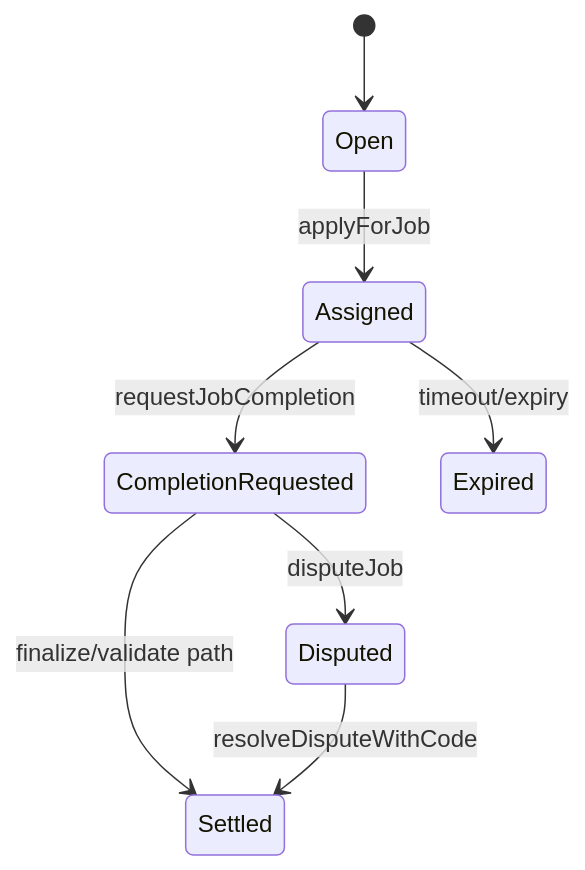
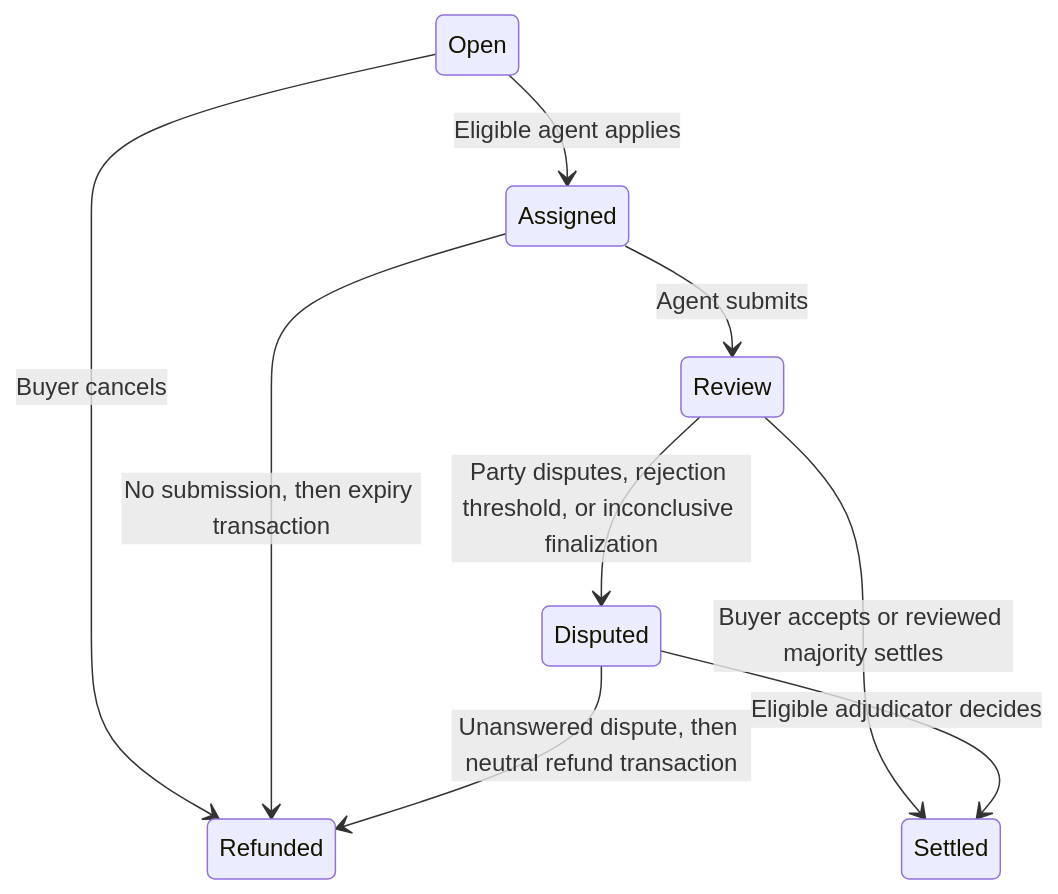
Before and after one commit to MontrealAI/AGIJobManager: the diagram in docs/ui/JOB_LIFECYCLE.md, drawn with Mermaid. The commit also changed other lines of this file and 50 other files, not shown here.

Commit message:
Correct fixed job bond quotes and clarify buyer protection and economics

````diff
--- a/docs/ui/JOB_LIFECYCLE.md
+++ b/docs/ui/JOB_LIFECYCLE.md
@@ -3,10 +3,12 @@
 ```mermaid
 stateDiagram-v2
-  [*] --> Open
-  Open --> Assigned: applyForJob
-  Assigned --> CompletionRequested: requestJobCompletion
-  CompletionRequested --> Disputed: disputeJob
-  CompletionRequested --> Settled: finalize/validate path
-  Disputed --> Settled: resolveDisputeWithCode
-  Assigned --> Expired: timeout/expiry
+  direction TB
+  Open --> Assigned: Eligible agent applies
+  Open --> Refunded: Buyer cancels
+  Assigned --> Refunded: No submission, then expiry transaction
+  Assigned --> Review: Agent submits
+  Review --> Settled: Buyer accepts or reviewed majority settles
+  Review --> Disputed: Party disputes, rejection threshold, or inconclusive finalization
+  Disputed --> Settled: Eligible adjudicator decides
+  Disputed --> Refunded: Unanswered dispute, then neutral refund transaction
 ```
````
